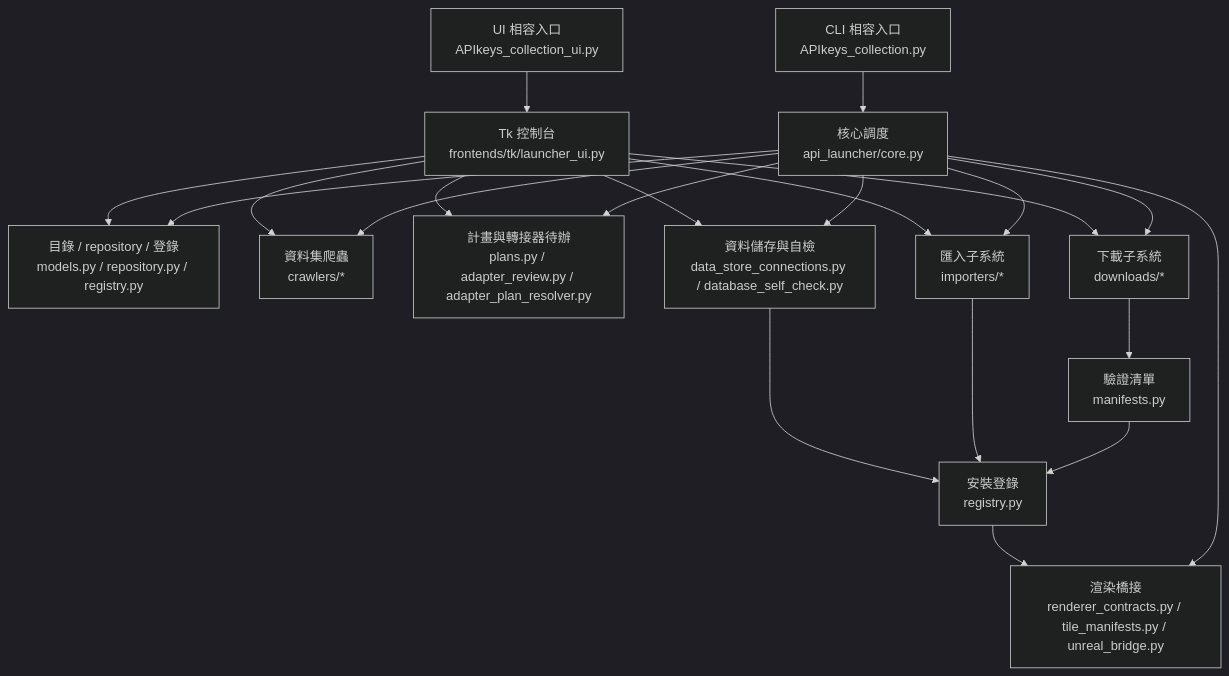
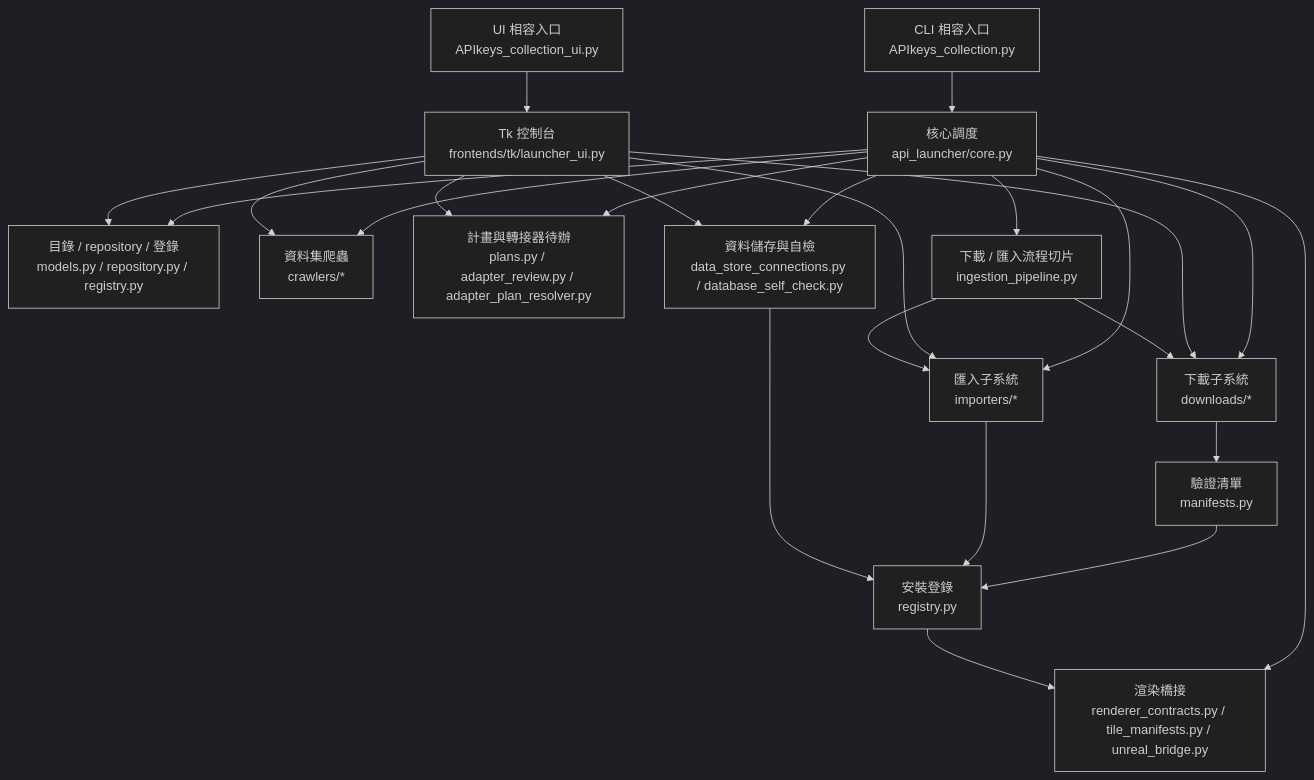
The third of 3 diagrams in docs/ARCHITECTURE.zh-TW.md (YanAnnLu/APIkeys_collection), drawn with Mermaid (dark theme) before and after one commit. The commit also changed other lines of this file and 8 other files, not shown here.

````diff
--- a/docs/ARCHITECTURE.zh-TW.md
+++ b/docs/ARCHITECTURE.zh-TW.md
@@ -100,26 +100,29 @@
 ```mermaid
 flowchart TD
     RootCLI["CLI 相容入口<br/>APIkeys_collection.py"] --> Core["核心調度<br/>api_launcher/core.py"]
     RootUI["UI 相容入口<br/>APIkeys_collection_ui.py"] --> TkUI["Tk 控制台<br/>frontends/tk/launcher_ui.py"]
 
     Core --> Catalog["目錄 / repository / 登錄<br/>models.py / repository.py / registry.py"]
     Core --> Crawler["資料集爬蟲<br/>crawlers/*"]
     Core --> Plans["計畫與轉接器待辦<br/>plans.py / adapter_review.py / adapter_plan_resolver.py"]
+    Core --> Pipeline["下載 / 匯入流程切片<br/>ingestion_pipeline.py"]
     Core --> Downloads["下載子系統<br/>downloads/*"]
     Core --> Importers["匯入子系統<br/>importers/*"]
     Core --> DataStore["資料儲存與自檢<br/>data_store_connections.py / database_self_check.py"]
     Core --> Renderer["渲染橋接<br/>renderer_contracts.py / tile_manifests.py / unreal_bridge.py"]
 
     TkUI --> Catalog
     TkUI --> Crawler
     TkUI --> Plans
     TkUI --> Downloads
     TkUI --> Importers
     TkUI --> DataStore
 
+    Pipeline --> Downloads
+    Pipeline --> Importers
     Downloads --> Manifests["驗證清單<br/>manifests.py"]
     Manifests --> Registry["安裝登錄<br/>registry.py"]
     Importers --> Registry
     DataStore --> Registry
     Registry --> Renderer
 ```
````
